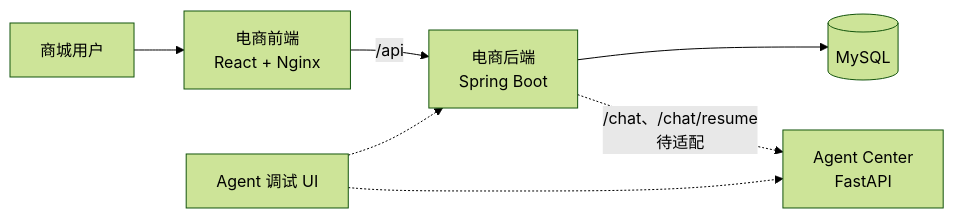
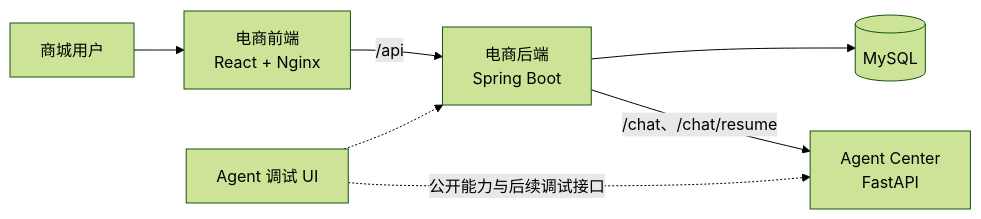
Before and after one commit to wutao-java/ac_agent_servce: the diagram in README.md, drawn with Mermaid (forest theme). The commit also changed other lines of this file and 1158 other files, not shown here.

````diff
--- a/README.md
+++ b/README.md
@@ -9,9 +9,9 @@
 ```mermaid
 flowchart LR
     U[商城用户] --> FE[电商前端<br/>React + Nginx]
     FE -->|/api| BE[电商后端<br/>Spring Boot]
     BE --> DB[(MySQL)]
-    BE -.->|/chat、/chat/resume<br/>待适配| AC[Agent Center<br/>FastAPI]
-    DU[Agent 调试 UI] -.-> AC
+    BE -->|/chat、/chat/resume| AC[Agent Center<br/>FastAPI]
+    DU[Agent 调试 UI] -.->|公开能力与后续调试接口| AC
     DU -.-> BE
 ```
````
